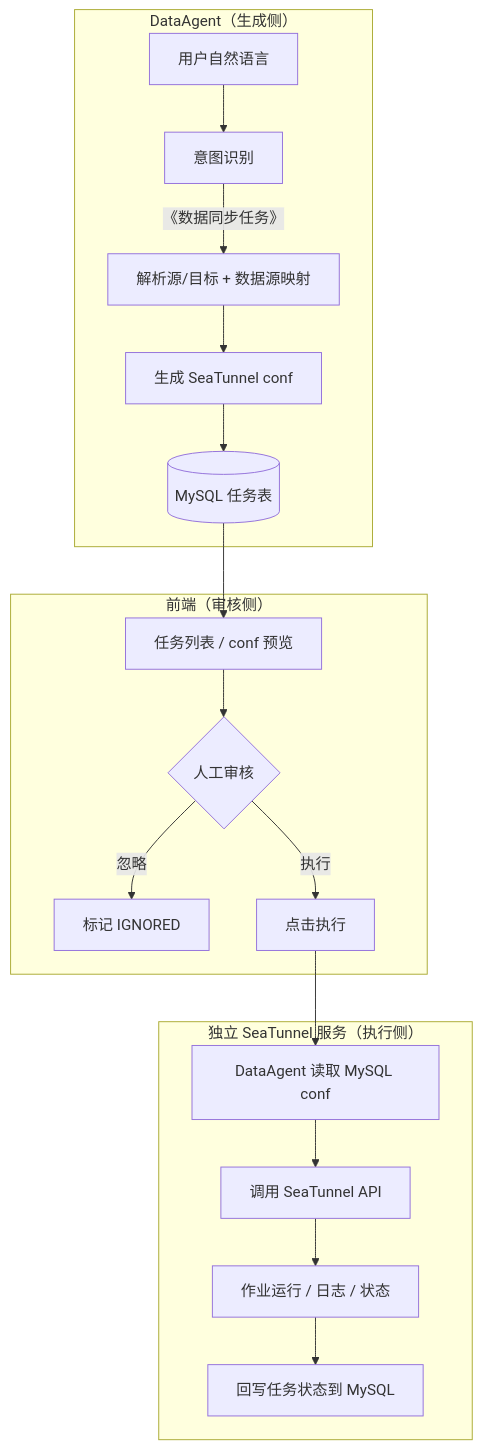
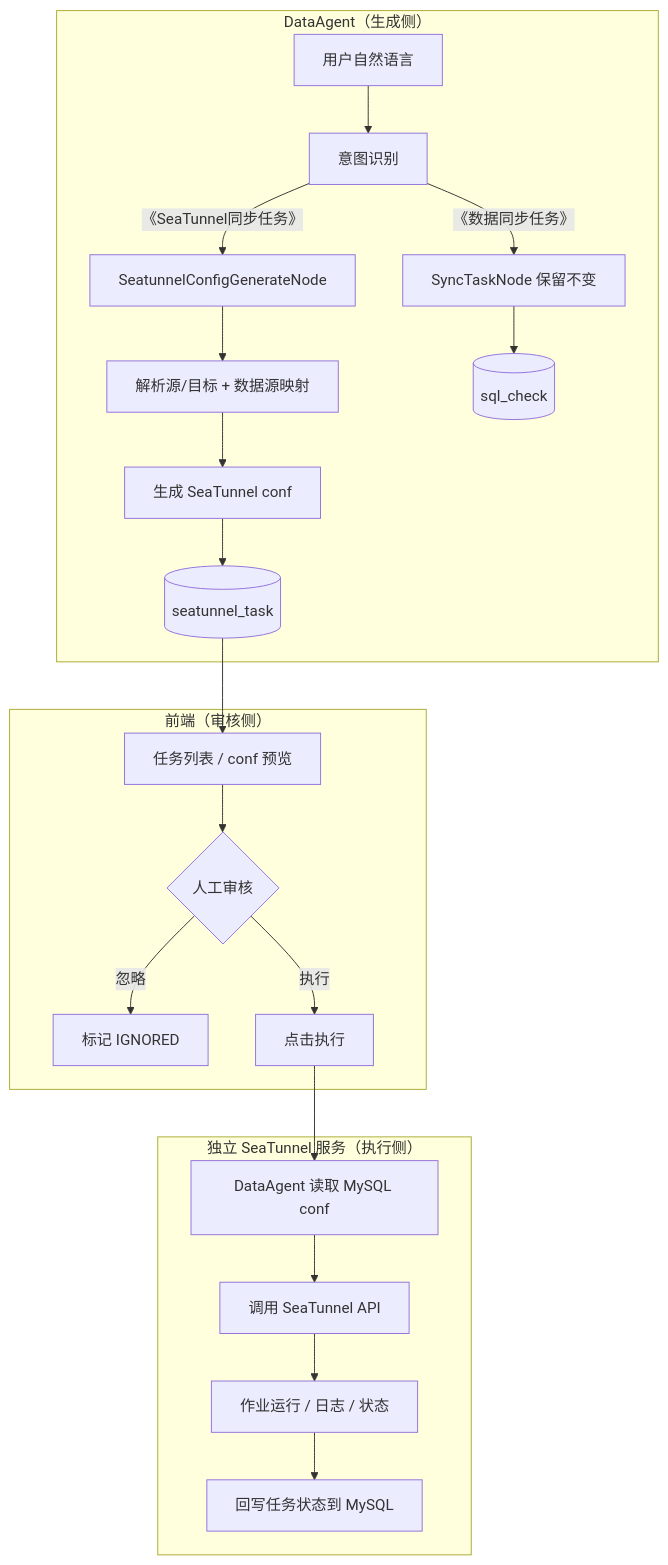
One commit to Uchiha-Itachi792/DataPlusSeatunnelAgent changed the first of 2 diagrams in docs/SEATUNNEL_EXTENSION_ROADMAP.md. Above: the diagram before and after it, drawn with Mermaid. The commit also changed other lines of this file, not shown here.

````diff
--- a/docs/SEATUNNEL_EXTENSION_ROADMAP.md
+++ b/docs/SEATUNNEL_EXTENSION_ROADMAP.md
@@ -8,23 +8,26 @@
 ```mermaid
 flowchart TB
   subgraph DataAgent["DataAgent（生成侧）"]
     A[用户自然语言] --> B[意图识别]
-    B -->|《数据同步任务》| C[解析源/目标 + 数据源映射]
-    C --> D[生成 SeaTunnel conf]
-    D --> E[(MySQL 任务表)]
+    B -->|《SeaTunnel同步任务》| C[SeatunnelConfigGenerateNode]
+    B -->|《数据同步任务》| C2[SyncTaskNode 保留不变]
+    C --> C3[解析源/目标 + 数据源映射]
+    C3 --> D[生成 SeaTunnel conf]
+    D --> E[(seatunnel_task)]
+    C2 --> E2[(sql_check)]
   end
 
   subgraph Frontend["前端（审核侧）"]
     E --> F[任务列表 / conf 预览]
     F --> G{人工审核}
     G -->|忽略| H[标记 IGNORED]
     G -->|执行| I[点击执行]
   end
 
   subgraph SeaTunnelSvc["独立 SeaTunnel 服务（执行侧）"]
     I --> J[DataAgent 读取 MySQL conf]
     J --> K[调用 SeaTunnel API]
     K --> L[作业运行 / 日志 / 状态]
     L --> M[回写任务状态到 MySQL]
   end
 ```
````
